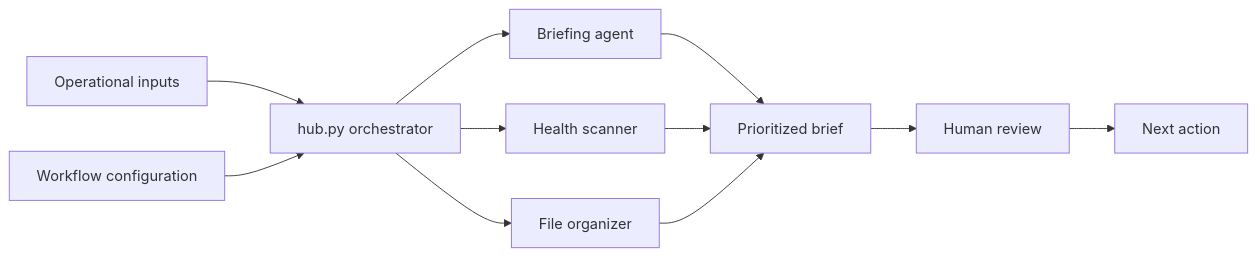
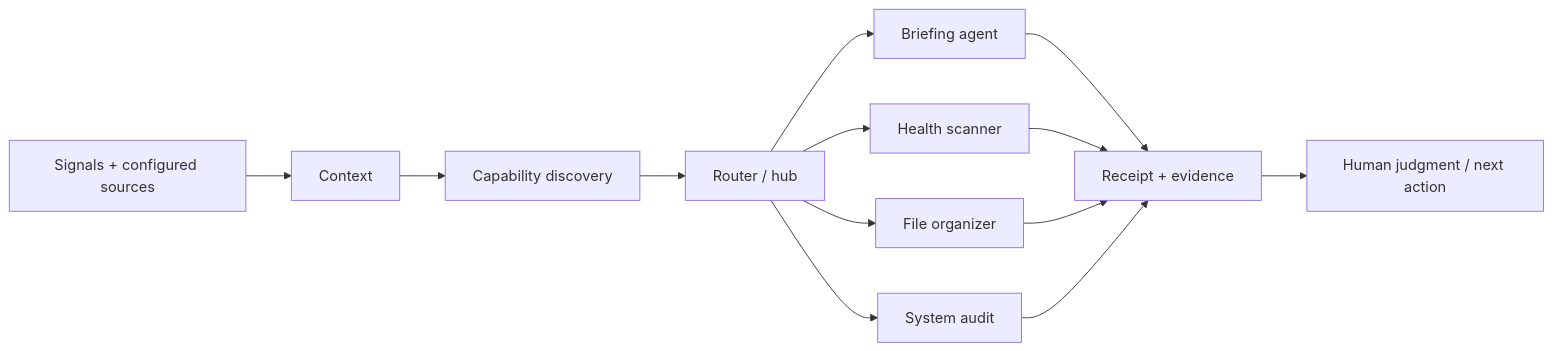
One commit to silvermanjared-web/marketing-intelligence-agent changed the diagram in README.md. Above: the diagram before and after it, drawn with Mermaid. The commit also changed other lines of this file and 18 other files, not shown here.

````diff
--- a/README.md
+++ b/README.md
@@ -25,13 +43,15 @@
 ```mermaid
 flowchart LR
-    Inputs[Operational inputs] --> Hub[hub.py orchestrator]
-    Config[Workflow configuration] --> Hub
-    Hub --> Briefing[Briefing agent]
-    Hub --> Scanner[Health scanner]
-    Hub --> Organizer[File organizer]
-    Briefing --> Output[Prioritized brief]
-    Scanner --> Output
-    Organizer --> Output
-    Output --> Review[Human review]
-    Review --> Action[Next action]
+    S[Signals + configured sources] --> C[Context]
+    C --> D[Capability discovery]
+    D --> R[Router / hub]
+    R --> B[Briefing agent]
+    R --> H[Health scanner]
+    R --> F[File organizer]
+    R --> A[System audit]
+    B --> E[Receipt + evidence]
+    H --> E
+    F --> E
+    A --> E
+    E --> J[Human judgment / next action]
 ```
````
